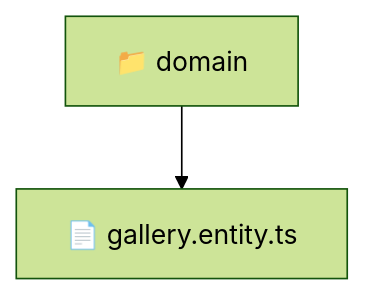
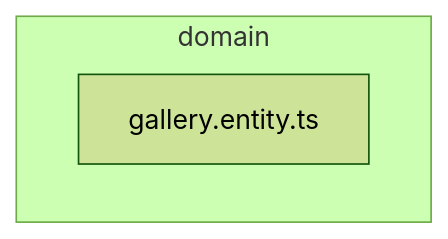
Before and after one commit to beginwebdev2002/fullstack-mavluda: the diagram in backend/src/modules/gallery/domain/README.md, drawn with Mermaid (forest theme). The commit also changed other lines of this file and 163 other files, not shown here.

````diff
--- a/backend/src/modules/gallery/domain/README.md
+++ b/backend/src/modules/gallery/domain/README.md
@@ -9,5 +15,6 @@
 ```mermaid
 graph TD
-  Root["📁 domain"]
-  Root --> gallery_entity_ts["📄 gallery.entity.ts"]
+  subgraph domain
+    gallery_entity_ts["gallery.entity.ts"]
+  end
 ```
````
